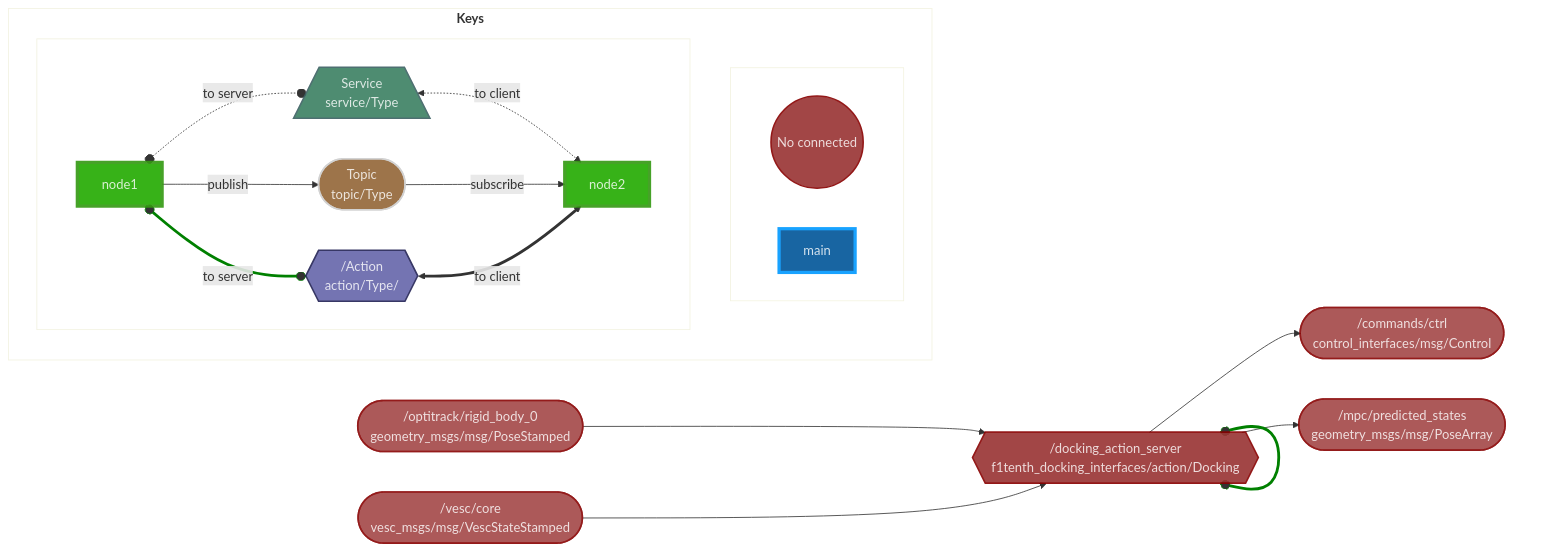
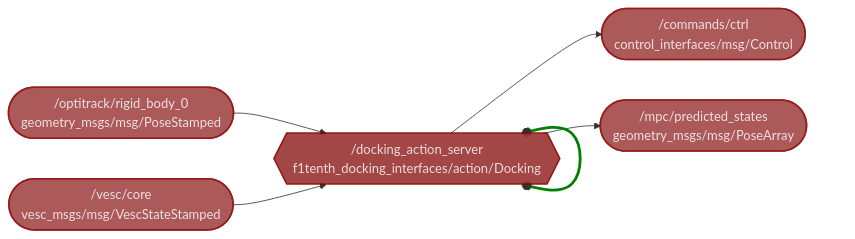
Before and after one commit to P-F1TENTH/f1tenth_docking: the diagram in README.md, drawn with Mermaid. The commit also changed other lines of this file, not shown here.

Commit message:
Remove the legend

````diff
--- a/README.md
+++ b/README.md
@@ -4,46 +4,27 @@
 ```mermaid
 flowchart LR
 
 /docking_action_server[ /docking_action_server ]:::main
 
 /optitrack/rigid_body_0([ /optitrack/rigid_body_0<br>geometry_msgs/msg/PoseStamped ]):::bugged
 /vesc/core([ /vesc/core<br>vesc_msgs/msg/VescStateStamped ]):::bugged
 /commands/ctrl([ /commands/ctrl<br>control_interfaces/msg/Control ]):::bugged
 /mpc/predicted_states([ /mpc/predicted_states<br>geometry_msgs/msg/PoseArray ]):::bugged
 
 /docking_action_server{{ /docking_action_server<br>f1tenth_docking_interfaces/action/Docking }}:::bugged
 /optitrack/rigid_body_0 --> /docking_action_server
 /vesc/core --> /docking_action_server
 /docking_action_server --> /commands/ctrl
 /docking_action_server --> /mpc/predicted_states
 
-
 /docking_action_server o==o /docking_action_server
 
-subgraph keys[<b>Keys<b/>]
-subgraph nodes[<b><b/>]
-topicb((No connected)):::bugged
-main_node[main]:::main
-end
-subgraph connection[<b><b/>]
-node1[node1]:::node
-node2[node2]:::node
-node1 o-.-o|to server| service[/Service<br>service/Type\]:::service
-service <-.->|to client| node2
-node1 -->|publish| topic([Topic<br>topic/Type]):::topic
-topic -->|subscribe| node2
-node1 o==o|to server| action{{/Action<br>action/Type/}}:::action
-action <==>|to client| node2
-end
-end
 classDef node opacity:0.9,fill:#2A0,stroke:#391,stroke-width:4px,color:#fff
 classDef action opacity:0.9,fill:#66A,stroke:#225,stroke-width:2px,color:#fff
 classDef service opacity:0.9,fill:#3B8062,stroke:#3B6062,stroke-width:2px,color:#fff
 classDef topic opacity:0.9,fill:#852,stroke:#CCC,stroke-width:2px,color:#fff
 classDef main opacity:0.9,fill:#059,stroke:#09F,stroke-width:4px,color:#fff
 classDef bugged opacity:0.9,fill:#933,stroke:#800,stroke-width:2px,color:#fff
-style keys opacity:0.15,fill:#FFF
-style nodes opacity:0.15,fill:#FFF
-style connection opacity:0.15,fill:#FFF
-linkStyle 4,9 fill:none,stroke:green;
+linkStyle 4 fill:none,stroke:green;
+
 ```
````
